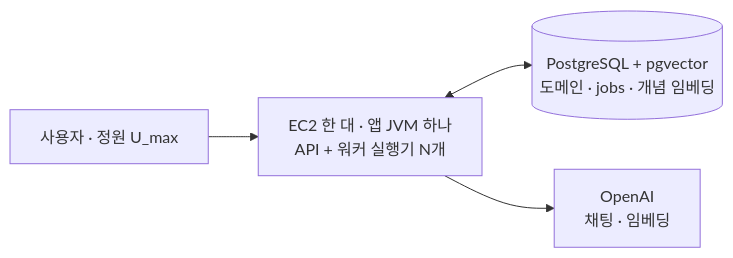
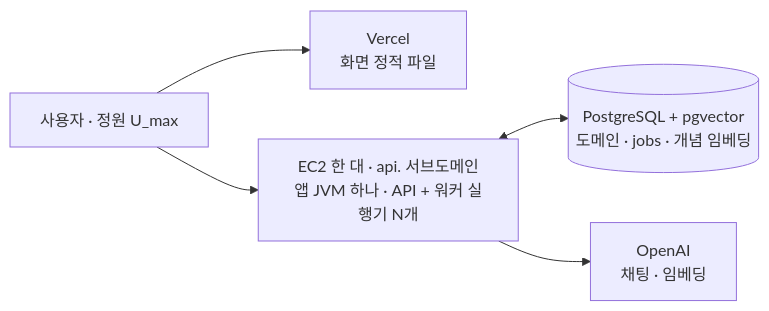
The second of 4 diagrams in docs/04-jobs-and-cost.md (f-lab-edu/Mogum), drawn with Mermaid before and after one commit. The commit also changed other lines of this file and 10 other files, not shown here.

````diff
--- a/docs/04-jobs-and-cost.md
+++ b/docs/04-jobs-and-cost.md
@@ -87,6 +87,7 @@
 ```mermaid
 flowchart LR
-    U["사용자 · 정원 U_max"] --> APP["EC2 한 대 · 앱 JVM 하나<br/>API + 워커 실행기 N개"]
+    U["사용자 · 정원 U_max"] --> WEB["Vercel<br/>화면 정적 파일"]
+    U --> APP["EC2 한 대 · api. 서브도메인<br/>앱 JVM 하나 · API + 워커 실행기 N개"]
     APP <--> PG[("PostgreSQL + pgvector<br/>도메인 · jobs · 개념 임베딩")]
     APP --> AI["OpenAI<br/>채팅 · 임베딩"]
 ```
````
